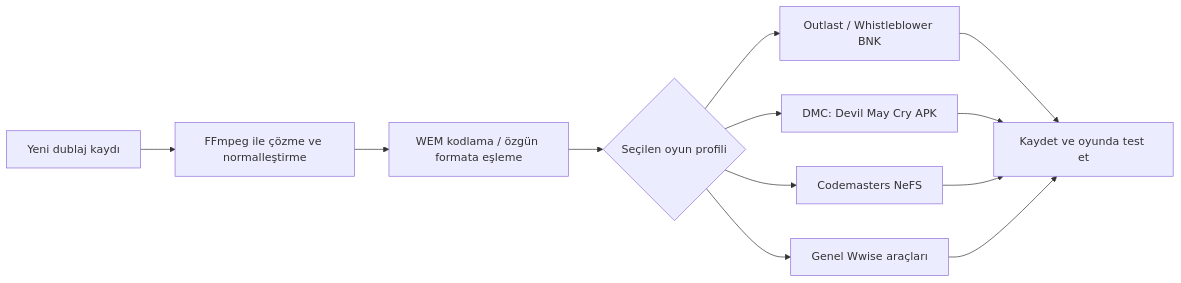
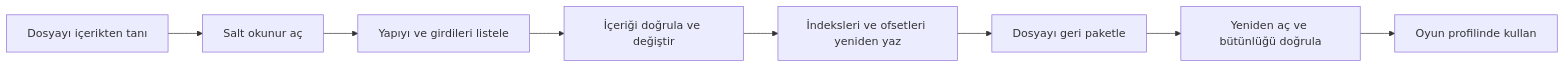
Before and after one commit to apexlions16/UDMT: the first of 2 diagrams in README.md, drawn with Mermaid. The commit also changed other lines of this file and 12 other files, not shown here.

````diff
--- a/README.md
+++ b/README.md
@@ -29,14 +14,10 @@
 ```mermaid
 flowchart LR
-    A[Yeni dublaj kaydı] --> B[FFmpeg ile çözme ve normalleştirme]
-    B --> C[WEM kodlama / özgün formata eşleme]
-    C --> D{Seçilen oyun profili}
-    D --> E[Outlast / Whistleblower BNK]
-    D --> F[DMC: Devil May Cry APK]
-    D --> G[Codemasters NeFS]
-    D --> I[Genel Wwise araçları]
-    E --> H[Kaydet ve oyunda test et]
-    F --> H
-    G --> H
-    I --> H
+    A[Dosyayı içerikten tanı] --> B[Salt okunur aç]
+    B --> C[Yapıyı ve girdileri listele]
+    C --> D[İçeriği doğrula ve değiştir]
+    D --> E[İndeksleri ve ofsetleri yeniden yaz]
+    E --> F[Dosyayı geri paketle]
+    F --> G[Yeniden aç ve bütünlüğü doğrula]
+    G --> H[Oyun profilinde kullan]
 ```
````
